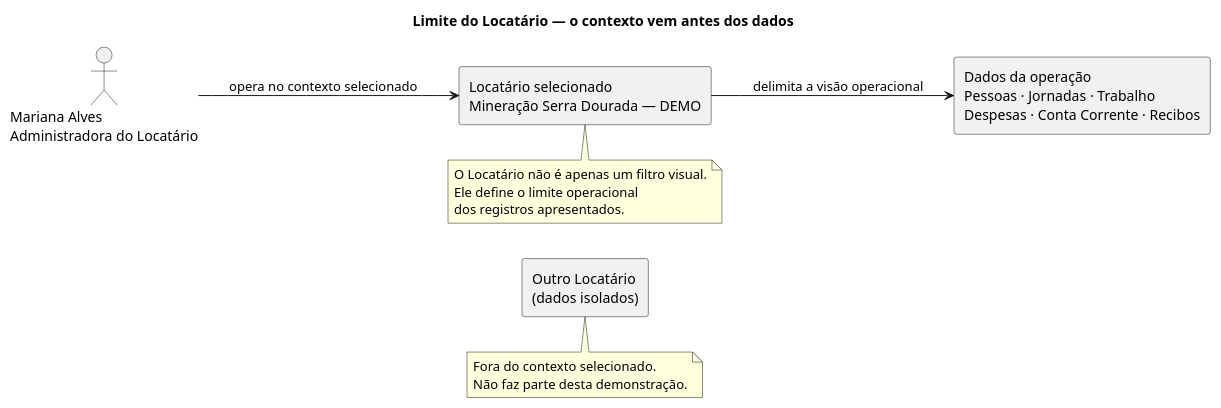
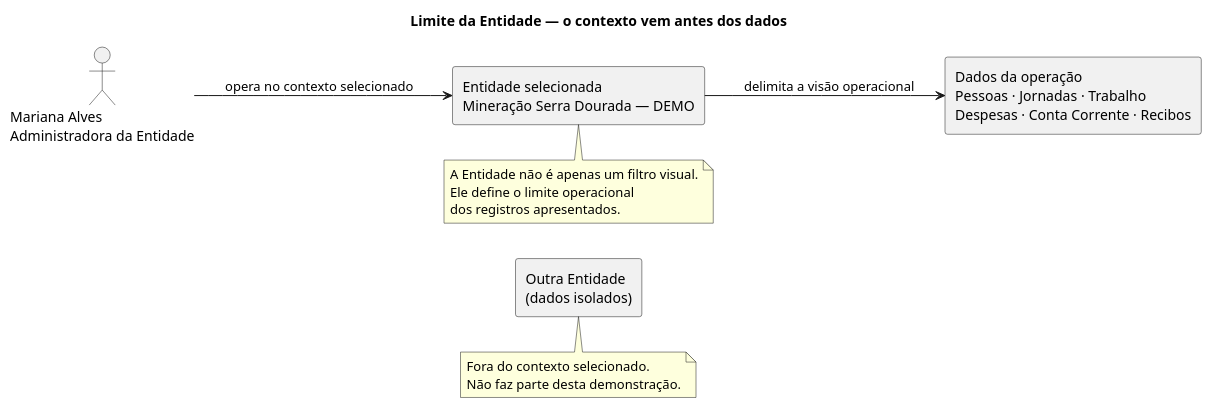
The diagram in docs/uml/demo/01-limite-do-tenant.puml (RodrigoMattosoSilveira/EnterpriseRemoteSystems), drawn with PlantUML before and after one commit. The commit also changed 10 other files, not shown here.

```diff
--- a/docs/uml/demo/01-limite-do-tenant.puml
+++ b/docs/uml/demo/01-limite-do-tenant.puml
@@ -1,27 +1,27 @@
 @startuml
-title Limite do Locatário — o contexto vem antes dos dados
+title Limite da Entidade — o contexto vem antes dos dados
 
 left to right direction
 
-actor "Mariana Alves\nAdministradora do Locatário" as Mariana
+actor "Mariana Alves\nAdministradora da Entidade" as Mariana
 
-rectangle "Locatário selecionado\nMineração Serra Dourada — DEMO" as Locatário
+rectangle "Entidade selecionada\nMineração Serra Dourada — DEMO" as Entidade
 rectangle "Dados da operação\nPessoas · Jornadas · Trabalho\nDespesas · Conta Corrente · Recibos" as Dados
-rectangle "Outro Locatário\n(dados isolados)" as OutroLocatário
+rectangle "Outra Entidade\n(dados isolados)" as OutroLocatário
 
-Mariana --> Locatário : opera no contexto selecionado
-Locatário --> Dados : delimita a visão operacional
-Locatário -[hidden]right-> OutroLocatário
+Mariana --> Entidade : opera no contexto selecionado
+Entidade --> Dados : delimita a visão operacional
+Entidade -[hidden]right-> OutroLocatário
 
-note bottom of Locatário
-O Locatário não é apenas um filtro visual.
+note bottom of Entidade
+A Entidade não é apenas um filtro visual.
 Ele define o limite operacional
 dos registros apresentados.
 end note
 
 note bottom of OutroLocatário
 Fora do contexto selecionado.
 Não faz parte desta demonstração.
 end note
 
 @enduml
```
